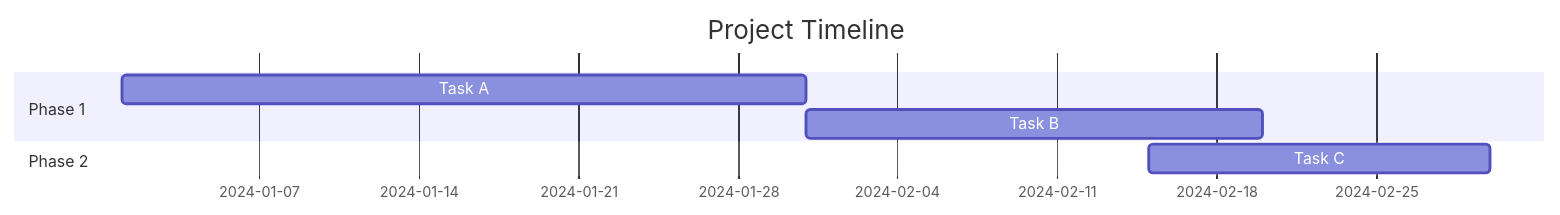
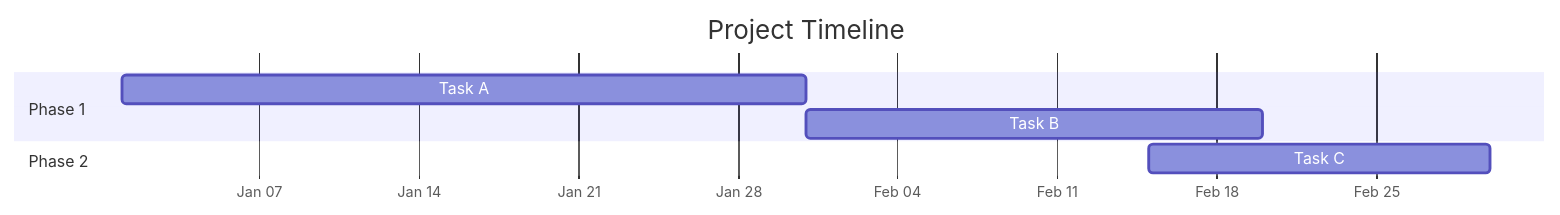
One commit to marcusquinn/aidevops changed the first of 12 diagrams in .agents/tools/diagrams/mermaid-diagrams-skill/references/DATA-CHARTS.md. Above: the diagram before and after it, drawn with Mermaid. The commit also changed other lines of this file and 3 other files, not shown here.

First line of the commit message:
chore: tighten agent docs peekaboo, postflight, DATA-CHARTS, tail-workers

````diff
--- a/.agents/tools/diagrams/mermaid-diagrams-skill/references/DATA-CHARTS.md
+++ b/.agents/tools/diagrams/mermaid-diagrams-skill/references/DATA-CHARTS.md
@@ -13,12 +9,13 @@
 ```mermaid
 gantt
     title Project Timeline
     dateFormat YYYY-MM-DD
+    axisFormat %b %d
 
     section Phase 1
     Task A           :a1, 2024-01-01, 30d
     Task B           :a2, after a1, 20d
 
     section Phase 2
     Task C           :2024-02-15, 15d
 ```
````
